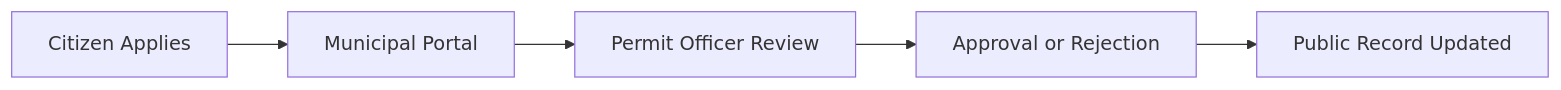
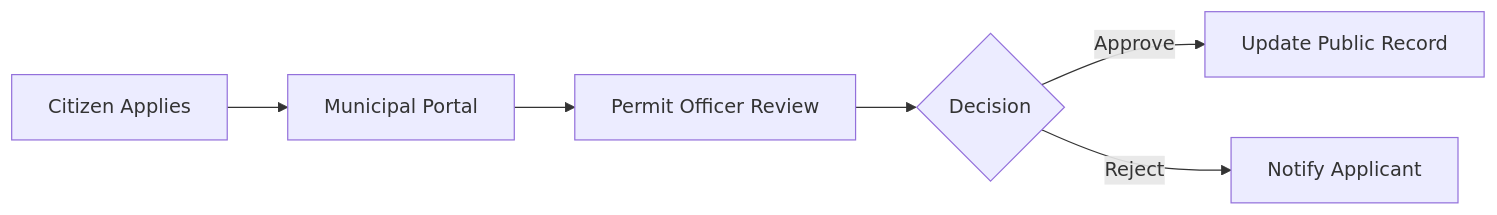
One commit to emcdo411/ai-agent-mastery-20days changed the first of 2 diagrams in docs/vibe-coding-starter-guide.md. Above: the diagram before and after it, drawn with Mermaid. The commit also changed other lines of this file, not shown here.

`````diff
--- a/docs/vibe-coding-starter-guide.md
+++ b/docs/vibe-coding-starter-guide.md
@@ -67,7 +75,8 @@
 ```mermaid
 flowchart LR
   A[Citizen Applies] --> B[Municipal Portal]
   B --> C[Permit Officer Review]
-  C --> D[Approval or Rejection]
-  D --> E[Public Record Updated]
-````
+  C --> D{Decision}
+  D -->|Approve| E[Update Public Record]
+  D -->|Reject| F[Notify Applicant]
+```
`````
